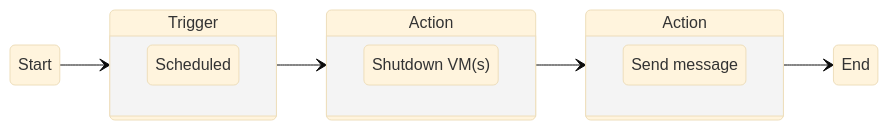
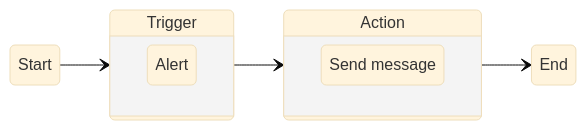
The diagram in versioned_docs/version-0.2.0/use-cases/tagging-policy.md (quantaleap/quantaleap-docs), drawn with Mermaid (base theme) before and after one commit. The commit also changed 2 other files, not shown here.

Commit message:
Fixed typos (#14)

````diff
--- a/versioned_docs/version-0.2.0/use-cases/tagging-policy.md
+++ b/versioned_docs/version-0.2.0/use-cases/tagging-policy.md
@@ -12,31 +12,23 @@
 ```mermaid
 stateDiagram-v2
     direction LR
-    Scheduled: Scheduled
-    Shutdown: Shutdown VM(s)
+    Alert: Alert
     Message: Send message
 
     t1 : Trigger
     a1 : Action
-    a2 : Action
 
     Start --> t1
     t1 --> a1
-    a1 --> a2
-    a2 --> End
+    a1 --> End
 
     state t1 {
         direction LR
-        Scheduled
+        Alert
     }
 
     state a1 {
         direction LR
-        Shutdown
-    }
-
-    state a2 {
-        direction LR
         Message
     }
 ```
````
